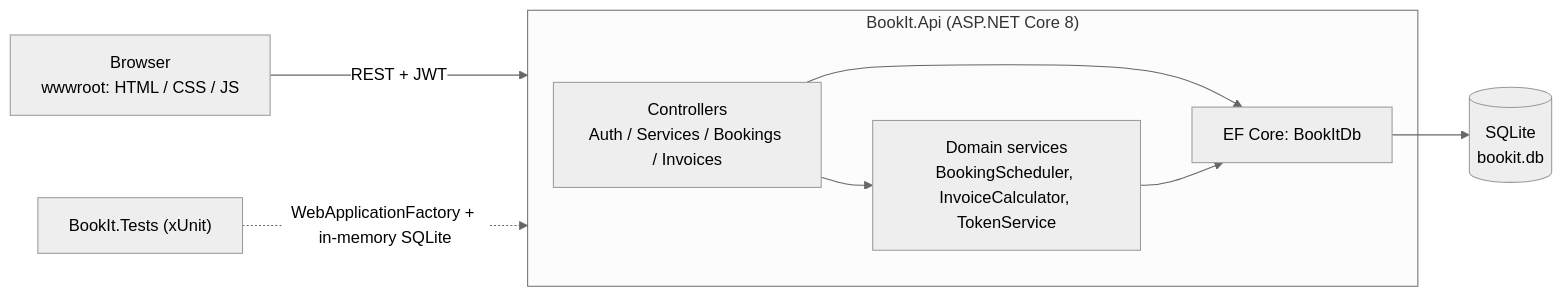
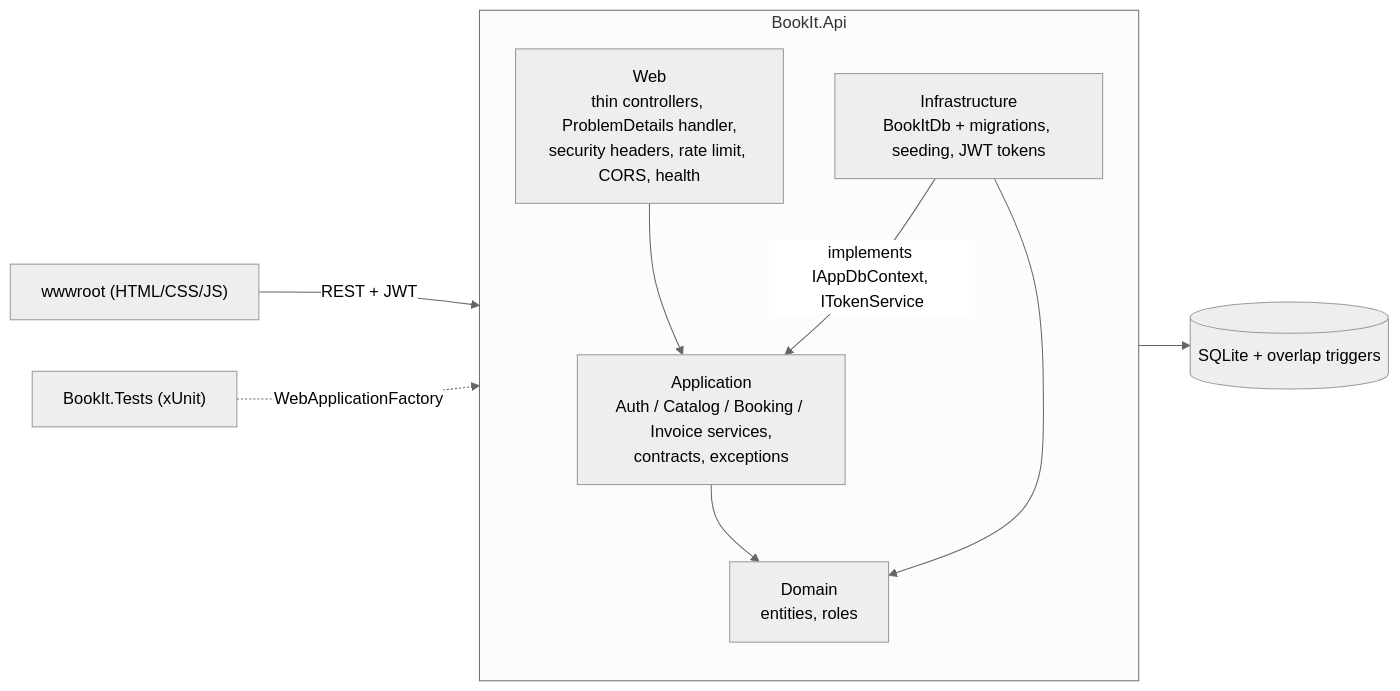
One commit to aldipascaa/bookit-saas changed the diagram in README.md. Above: the diagram before and after it, drawn with Mermaid (neutral theme). The commit also changed other lines of this file and 2 other files, not shown here.

Commit message:
Release 1.1.0: README architecture section, changelog, version bump

````diff
--- a/README.md
+++ b/README.md
@@ -45,13 +49,16 @@
 ```mermaid
 flowchart LR
-    Browser["Browser<br/>wwwroot: HTML / CSS / JS"] -->|"REST + JWT"| API
-    subgraph API["BookIt.Api (ASP.NET Core 8)"]
-        Ctrl["Controllers<br/>Auth / Services / Bookings / Invoices"]
-        Dom["Domain services<br/>BookingScheduler, InvoiceCalculator, TokenService"]
-        Ctrl --> Dom
-        Ctrl --> EF["EF Core: BookItDb"]
-        Dom --> EF
+    Browser["wwwroot (HTML/CSS/JS)"] -->|REST + JWT| Web
+    subgraph Api["BookIt.Api"]
+        direction TB
+        Web["Web<br/>thin controllers, ProblemDetails handler,<br/>security headers, rate limit, CORS, health"]
+        App["Application<br/>Auth / Catalog / Booking / Invoice services,<br/>contracts, exceptions"]
+        Dom["Domain<br/>entities, roles"]
+        Infra["Infrastructure<br/>BookItDb + migrations, seeding, JWT tokens"]
+        Web --> App --> Dom
+        Infra -->|implements IAppDbContext, ITokenService| App
+        Infra --> Dom
     end
-    EF --> DB[("SQLite<br/>bookit.db")]
-    Tests["BookIt.Tests (xUnit)"] -.->|"WebApplicationFactory + in-memory SQLite"| API
+    Infra --> SQLite[("SQLite + overlap triggers")]
+    Tests["BookIt.Tests (xUnit)"] -.->|"WebApplicationFactory"| Api
 ```
````
